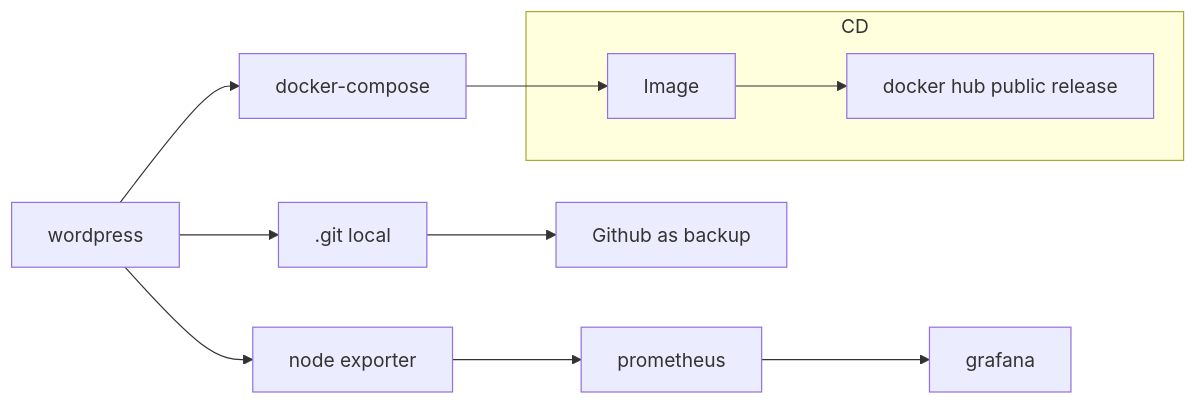
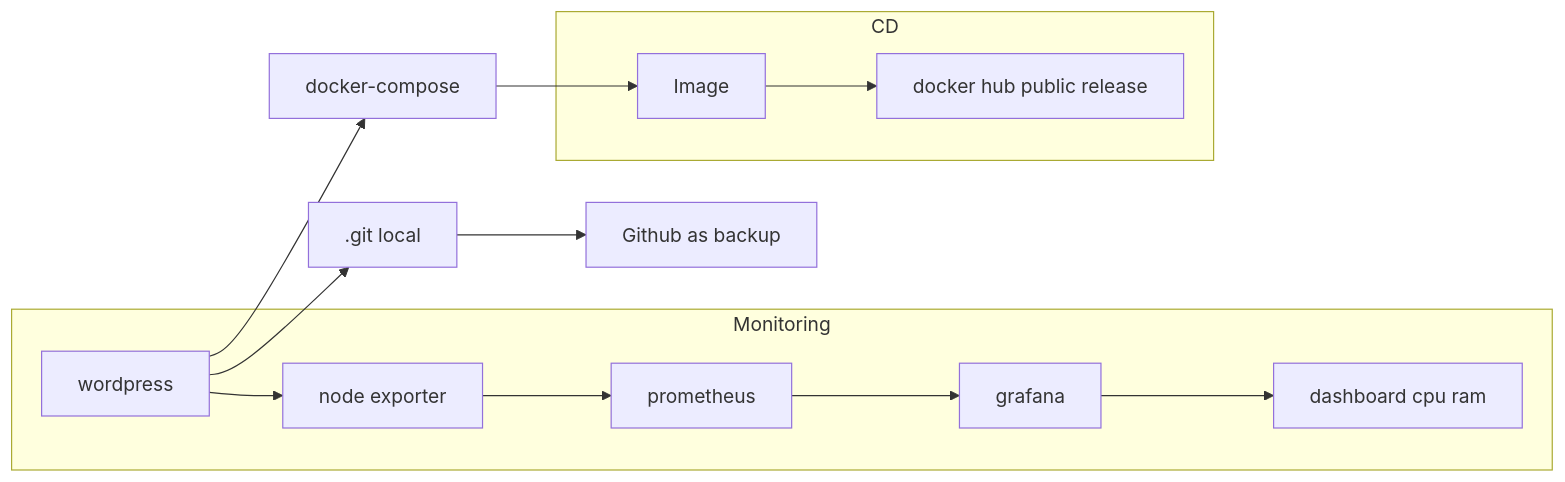
One commit to DanyAAD90/CICD_complete_from_scratch changed the diagram in README.md. Above: the diagram before and after it, drawn with Mermaid.

````diff
--- a/README.md
+++ b/README.md
@@ -5,13 +5,16 @@
 ```mermaid
 flowchart LR
 A[wordpress] --> B[.git local]
+subgraph Monitoring
 A --> G[node exporter]
 G --> H[prometheus]
 H --> I[grafana]
+I --> J[dashboard cpu ram]
+end
 B --> C[Github as backup]
 A --> D[docker-compose]
 D --> E[Image]
 subgraph CD
 E --> F[docker hub public release]
 end
 ```
````
